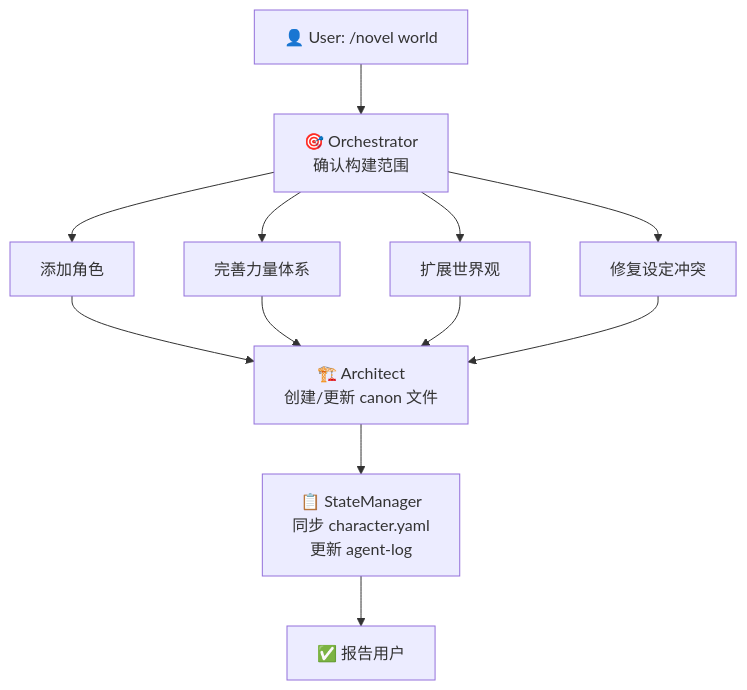
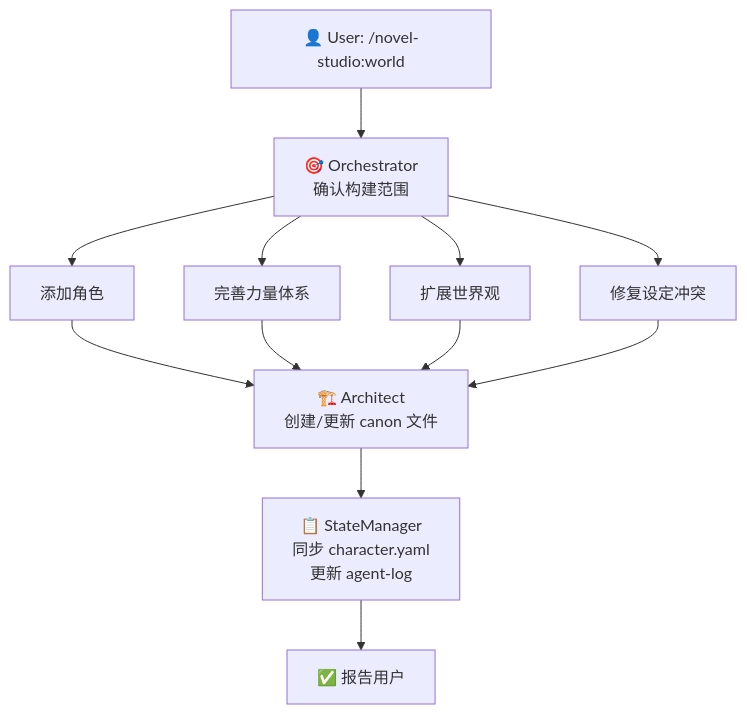
The diagram in workflows/worldbuilding.md (deathwhispers/novel-studio), drawn with Mermaid before and after one commit. The commit also changed other lines of this file and 24 other files, not shown here.

````diff
--- a/workflows/worldbuilding.md
+++ b/workflows/worldbuilding.md
@@ -11,24 +11,24 @@
 ```mermaid
 flowchart TD
-    User["👤 User: /novel world"]
+    User["👤 User: /novel-studio:world"]
     Orchestrator["🎯 Orchestrator<br/>确认构建范围"]
 
     User --> Orchestrator
 
     Orchestrator --> AddChar["添加角色"]
     Orchestrator --> PowerSys["完善力量体系"]
     Orchestrator --> WorldExp["扩展世界观"]
     Orchestrator --> FixConflict["修复设定冲突"]
 
     AddChar --> Architect
     PowerSys --> Architect
     WorldExp --> Architect
     FixConflict --> Architect
 
     Architect["🏗️ Architect<br/>创建/更新 canon 文件"]
     StateManager["📋 StateManager<br/>同步 character.yaml<br/>更新 agent-log"]
     Done["✅ 报告用户"]
 
     Architect --> StateManager
     StateManager --> Done
 ```
````
